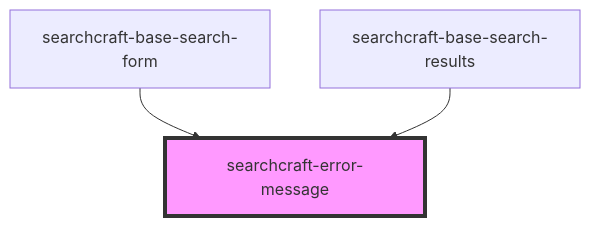
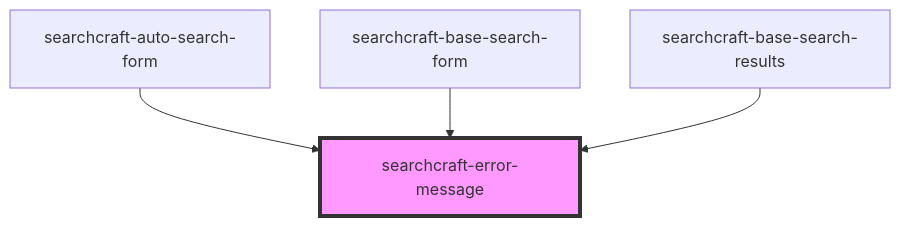
Before and after one commit to searchcraft-inc/searchcraft-javascript-sdks: the diagram in packages/javascript-sdk/src/components/searchcraft-error-message/readme.md, drawn with Mermaid. The commit also changed other lines of this file and 73 other files, not shown here.

````diff
--- a/packages/javascript-sdk/src/components/searchcraft-error-message/readme.md
+++ b/packages/javascript-sdk/src/components/searchcraft-error-message/readme.md
@@ -24,6 +25,7 @@
 ```mermaid
 graph TD;
+  searchcraft-auto-search-form --> searchcraft-error-message
   searchcraft-base-search-form --> searchcraft-error-message
   searchcraft-base-search-results --> searchcraft-error-message
   style searchcraft-error-message fill:#f9f,stroke:#333,stroke-width:4px
 ```
````
